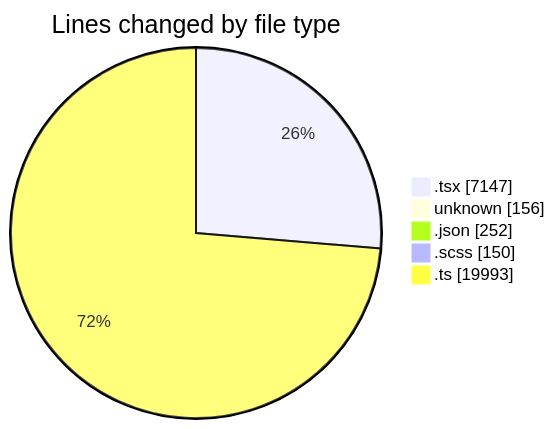
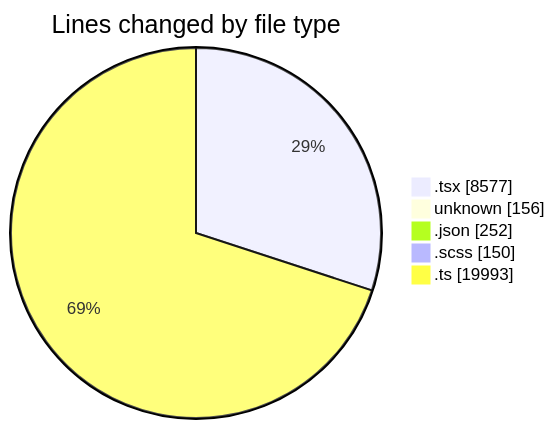
Before and after one commit to momahboobian/code-tracking: the first of 2 diagrams in 2026-09-28/cda/README.md, drawn with Mermaid. The commit also changed other lines of this file and 1 other file, not shown here.

````diff
--- a/2026-09-28/cda/README.md
+++ b/2026-09-28/cda/README.md
@@ -53,9 +59,9 @@
 ```mermaid
 pie showData
 title Lines changed by file type
-".tsx" : 7147
+".tsx" : 8577
 "unknown" : 156
 ".json" : 252
 ".scss" : 150
 ".ts" : 19993
 ```
````
